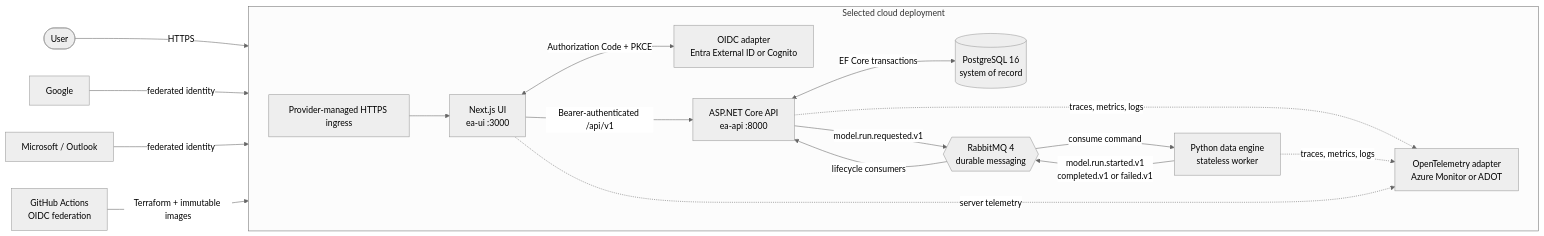
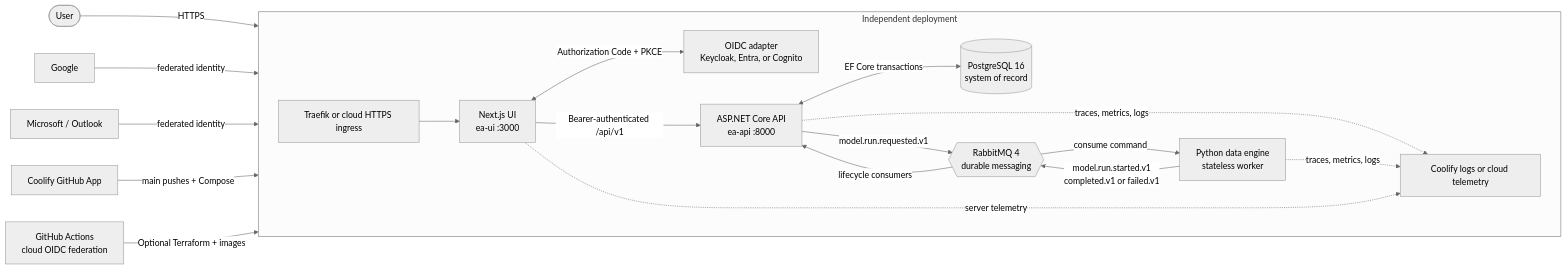
Before and after one commit to awpala/enterprise-app: the diagram in README.md, drawn with Mermaid (neutral theme). The commit also changed other lines of this file and 4 other files, not shown here.

Commit message:
Make deployment regression checks portable and document Coolify operation

````diff
--- a/README.md
+++ b/README.md
@@ -9,35 +9,36 @@
 ```mermaid
 flowchart LR
     person([User])
     google[Google]
     microsoft[Microsoft / Outlook]
 
-    subgraph platform[Selected cloud deployment]
+    subgraph platform[Independent deployment]
         direction LR
-        identity[OIDC adapter<br/>Entra External ID or Cognito]
-        edge[Provider-managed HTTPS ingress]
+        identity[OIDC adapter<br/>Keycloak, Entra, or Cognito]
+        edge[Traefik or cloud HTTPS ingress]
         ui[Next.js UI<br/>ea-ui :3000]
         api[ASP.NET Core API<br/>ea-api :8000]
         db[(PostgreSQL 16<br/>system of record)]
         broker{{RabbitMQ 4<br/>durable messaging}}
         worker[Python data engine<br/>stateless worker]
-        telemetry[OpenTelemetry adapter<br/>Azure Monitor or ADOT]
+        telemetry[Coolify logs or cloud telemetry]
     end
 
     person -->|HTTPS| edge
     google -->|federated identity| identity
     microsoft -->|federated identity| identity
     ui <-->|Authorization Code + PKCE| identity
     edge --> ui
     ui -->|Bearer-authenticated /api/v1| api
     api <-->|EF Core transactions| db
     api -->|model.run.requested.v1| broker
     broker -->|consume command| worker
     worker -->|model.run.started.v1<br/>completed.v1 or failed.v1| broker
     broker -->|lifecycle consumers| api
     api -. traces, metrics, logs .-> telemetry
     worker -. traces, metrics, logs .-> telemetry
     ui -. server telemetry .-> telemetry
 
-    cicd[GitHub Actions<br/>OIDC federation] -->|Terraform + immutable images| platform
+    coolify[Coolify GitHub App] -->|main pushes + Compose| platform
+    cicd[GitHub Actions<br/>cloud OIDC federation] -->|Optional Terraform + images| platform
 ```
````
